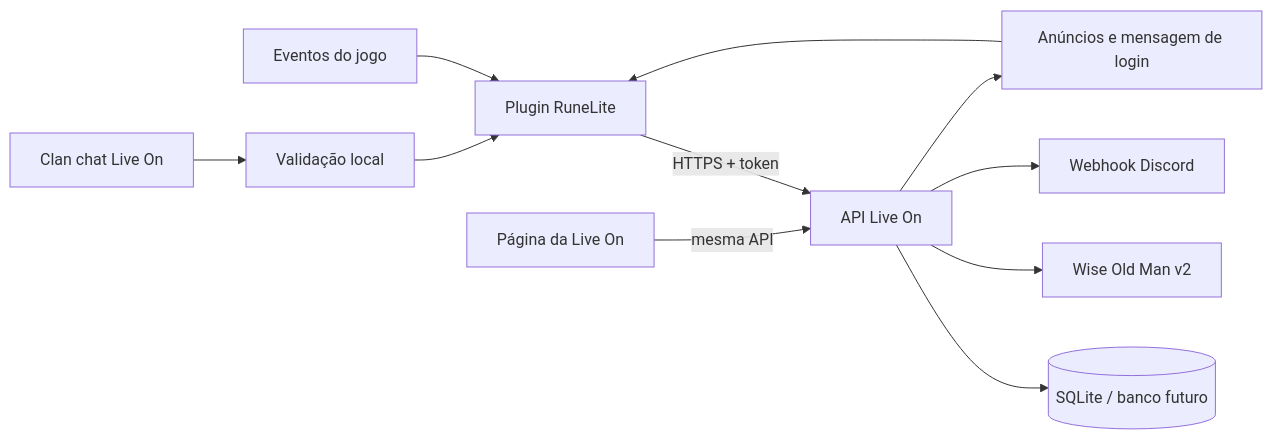
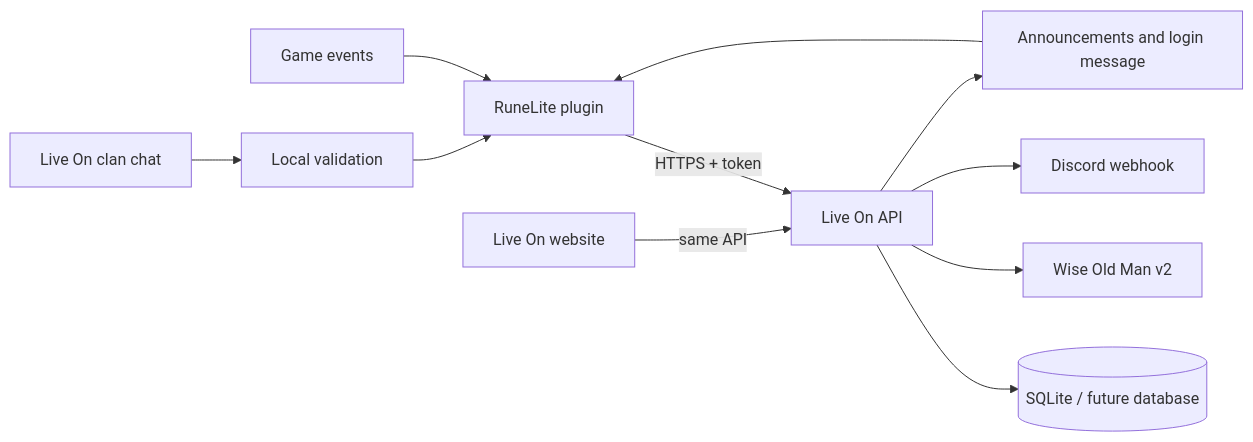
The diagram in docs/architecture.md (SadRivensz/Live-On-Plugin), drawn with Mermaid before and after one commit. The commit also changed other lines of this file and 12 other files, not shown here.

````diff
--- a/docs/architecture.md
+++ b/docs/architecture.md
@@ -3,13 +5,13 @@
 ```mermaid
 flowchart LR
-    Game["Eventos do jogo"] --> Plugin["Plugin RuneLite"]
-    Clan["Clan chat Live On"] --> Auth["Validação local"]
+    Game["Game events"] --> Plugin["RuneLite plugin"]
+    Clan["Live On clan chat"] --> Auth["Local validation"]
     Auth --> Plugin
-    Plugin -->|"HTTPS + token"| API["API Live On"]
-    API --> DB[("SQLite / banco futuro")]
+    Plugin -->|"HTTPS + token"| API["Live On API"]
+    API --> DB[("SQLite / future database")]
     API --> WOM["Wise Old Man v2"]
-    API --> Discord["Webhook Discord"]
-    Site["Página da Live On"] -->|"mesma API"| API
-    API --> Announcements["Anúncios e mensagem de login"]
+    API --> Discord["Discord webhook"]
+    Site["Live On website"] -->|"same API"| API
+    API --> Announcements["Announcements and login message"]
     Announcements --> Plugin
 ```
````
